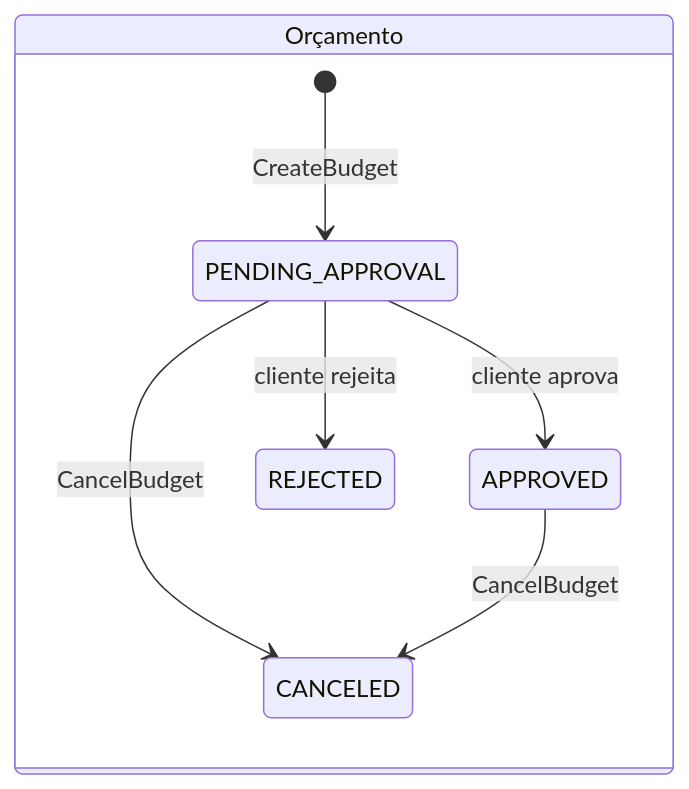
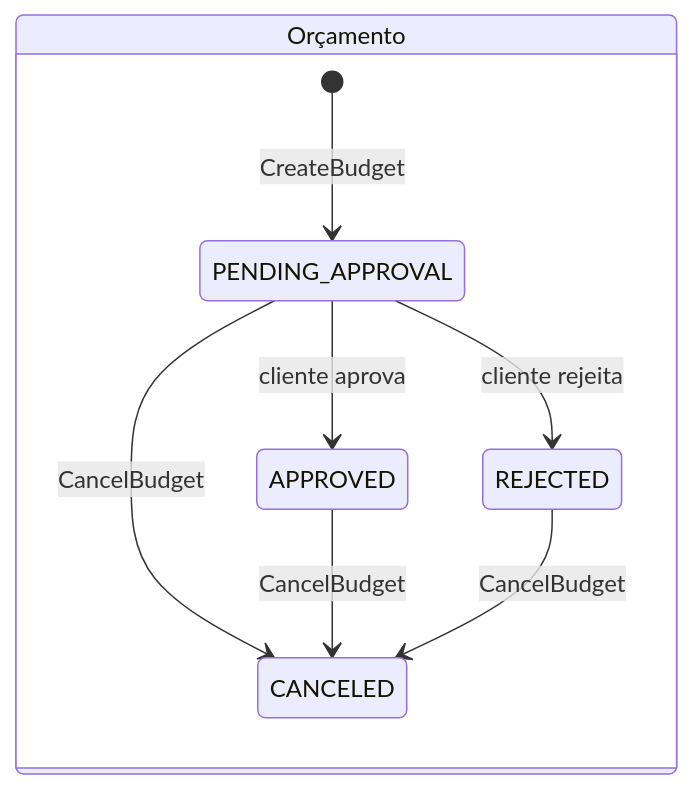
One commit to CleytonOngaratto/fiap-fase4-os-service changed the third of 5 diagrams in docs/arquitetura/maquina-de-estados.md. Above: the diagram before and after it, drawn with Mermaid. The commit also changed other lines of this file and 35 other files, not shown here.

````diff
--- a/docs/arquitetura/maquina-de-estados.md
+++ b/docs/arquitetura/maquina-de-estados.md
@@ -136,10 +136,11 @@
 ```mermaid
 stateDiagram-v2
     state "Orçamento" as B {
         [*] --> PENDING_APPROVAL: CreateBudget
         PENDING_APPROVAL --> APPROVED: cliente aprova
         PENDING_APPROVAL --> REJECTED: cliente rejeita
         PENDING_APPROVAL --> CANCELED: CancelBudget
         APPROVED --> CANCELED: CancelBudget
+        REJECTED --> CANCELED: CancelBudget
     }
 ```
````
